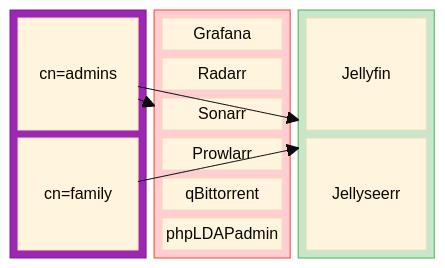
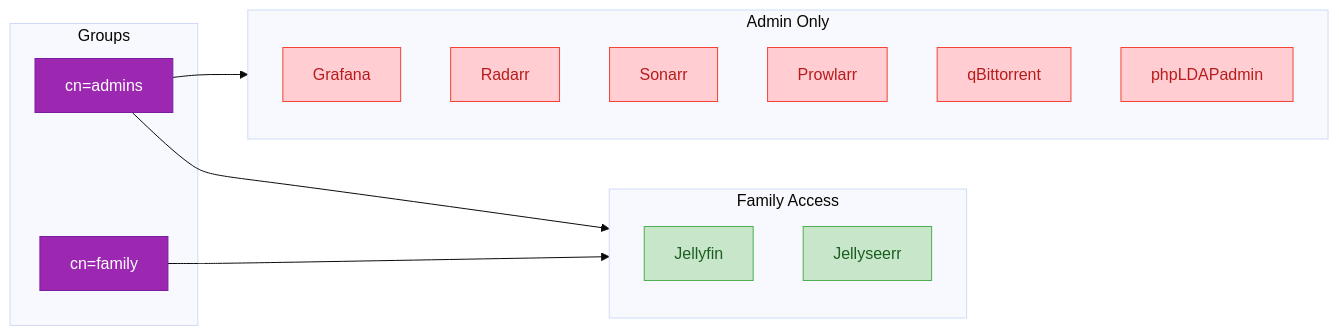
Before and after one commit to Mykyta-Home-Server/homeserver: the fourth of 4 diagrams in docs-site/src/content/docs/guides/ldap.mdx, drawn with Mermaid (base theme). The commit also changed other lines of this file and 2 other files, not shown here.

First line of the commit message:
Fix Mermaid diagrams: switch from block-beta to flowchart

````diff
--- a/docs-site/src/content/docs/guides/ldap.mdx
+++ b/docs-site/src/content/docs/guides/ldap.mdx
@@ -238,34 +213,33 @@
 ```mermaid
-block-beta
-    columns 3
-
-    block:groups:1
-        columns 1
-        g1["cn=admins"]
-        g2["cn=family"]
+flowchart LR
+    subgraph Groups
+        Admins[cn=admins]
+        Family[cn=family]
     end
 
-    block:admin:1
-        columns 1
-        a1["Grafana"]
-        a2["Radarr"]
-        a3["Sonarr"]
-        a4["Prowlarr"]
-        a5["qBittorrent"]
-        a6["phpLDAPadmin"]
+    subgraph AdminServices[Admin Only]
+        Grafana[Grafana]
+        Radarr[Radarr]
+        Sonarr[Sonarr]
+        Prowlarr[Prowlarr]
+        qBit[qBittorrent]
+        phpLDAP[phpLDAPadmin]
     end
 
-    block:family:1
-        columns 1
-        f1["Jellyfin"]
-        f2["Jellyseerr"]
+    subgraph FamilyServices[Family Access]
+        Jellyfin[Jellyfin]
+        Jellyseerr[Jellyseerr]
     end
 
-    g1 --> admin
-    g1 --> family
-    g2 --> family
+    Admins --> AdminServices
+    Admins --> FamilyServices
+    Family --> FamilyServices
 
-    style groups fill:#9c27b0,stroke:#7b1fa2
-    style admin fill:#ffcdd2,stroke:#f44336
-    style family fill:#c8e6c9,stroke:#4caf50
+    classDef groups fill:#9c27b0,stroke:#7b1fa2,color:#fff
+    classDef admin fill:#ffcdd2,stroke:#f44336,color:#b71c1c
+    classDef family fill:#c8e6c9,stroke:#4caf50,color:#1b5e20
+
+    class Admins,Family groups
+    class Grafana,Radarr,Sonarr,Prowlarr,qBit,phpLDAP admin
+    class Jellyfin,Jellyseerr family
 ```
````
